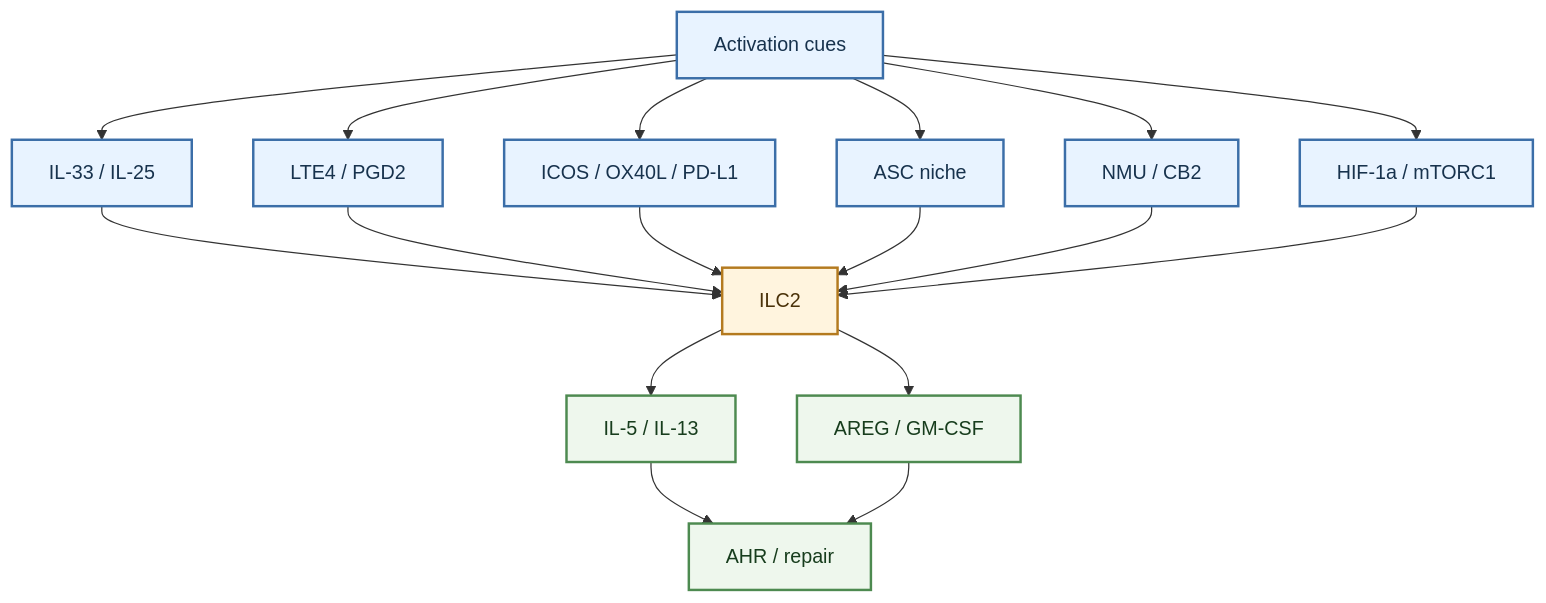
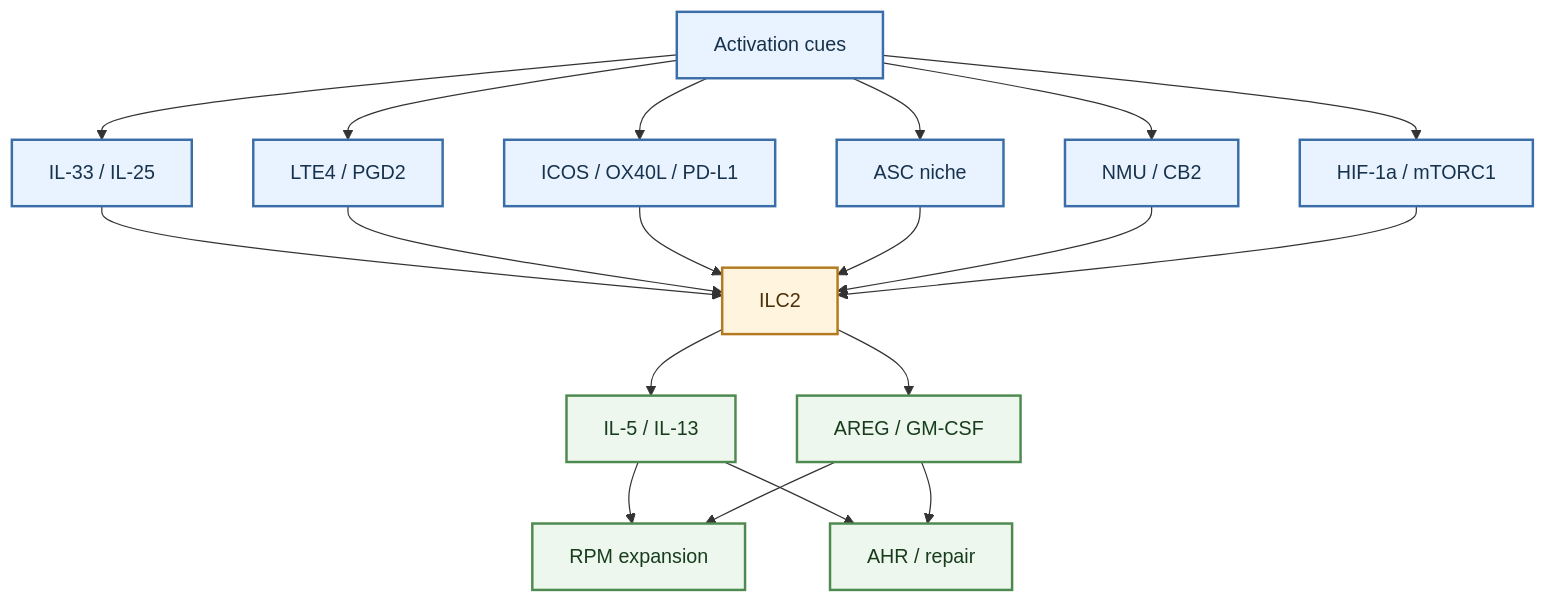
Before and after one commit to shao1116/ILC-Wiki: the first of 4 diagrams in wiki/topics/ILC2_functional_regulation_mechanisms.md, drawn with Mermaid. The commit also changed other lines of this file and 14 other files, not shown here.

````diff
--- a/wiki/topics/ILC2_functional_regulation_mechanisms.md
+++ b/wiki/topics/ILC2_functional_regulation_mechanisms.md
@@ -146,41 +150,44 @@
 ```mermaid
 flowchart TB
     accTitle: ILC2 Activation And Effector Support
     accDescr: Compact vertical map of positive ILC2 regulatory inputs and output states.
 
     cue["Activation cues"]
     alarmin["IL-33 / IL-25"]
     lipid["LTE4 / PGD2"]
     costim["ICOS / OX40L / PD-L1"]
     niche["ASC niche"]
     neuro["NMU / CB2"]
     metabolism["HIF-1a / mTORC1"]
     ilc2["ILC2"]
     type2["IL-5 / IL-13"]
     repair["AREG / GM-CSF"]
+    rpm["RPM expansion"]
     disease["AHR / repair"]
 
     cue --> alarmin
     cue --> lipid
     cue --> costim
     cue --> niche
     cue --> neuro
     cue --> metabolism
     alarmin --> ilc2
     lipid --> ilc2
     costim --> ilc2
     niche --> ilc2
     neuro --> ilc2
     metabolism --> ilc2
     ilc2 --> type2
     ilc2 --> repair
+    type2 --> rpm
+    repair --> rpm
     type2 --> disease
     repair --> disease
 
     classDef cue_class fill:#e8f3ff,stroke:#3b6ea8,stroke-width:2px,color:#17324d
     classDef cell_class fill:#fff4de,stroke:#b47a1f,stroke-width:2px,color:#4a3108
     classDef out_class fill:#eef7ed,stroke:#4d8a50,stroke-width:2px,color:#173d1d
     class cue,alarmin,lipid,costim,niche,neuro,metabolism cue_class
     class ilc2 cell_class
-    class type2,repair,disease out_class
+    class type2,repair,rpm,disease out_class
 ```
````
